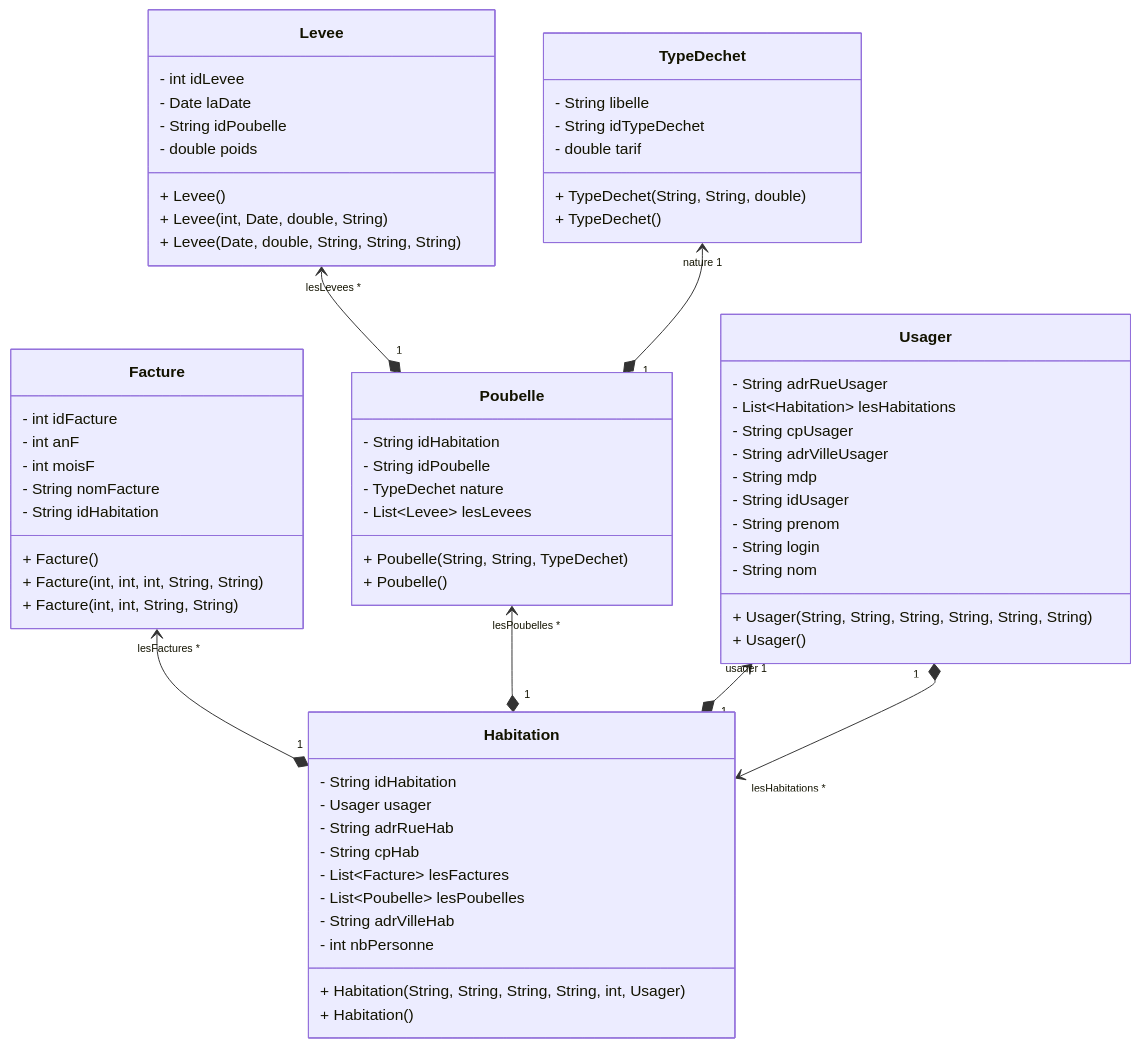
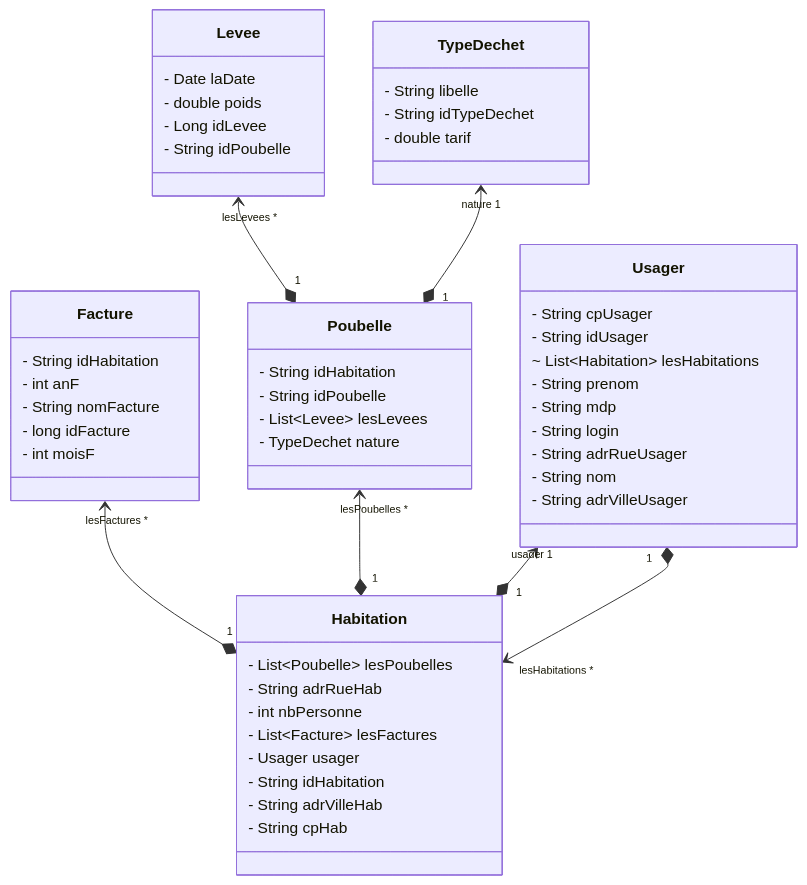
The diagram in README.md (damchap/APIGestionPoubell), drawn with Mermaid before and after one commit. The commit also changed other lines of this file and 12 other files, not shown here.

````diff
--- a/README.md
+++ b/README.md
@@ -78,72 +109,58 @@
 ```mermaid
 classDiagram
 direction BT
 class Facture {
-  + Facture() 
-  + Facture(int, int, int, String, String) 
-  + Facture(int, int, String, String) 
-  - int idFacture
+  - String idHabitation
   - int anF
+  - String nomFacture
+  - long idFacture
   - int moisF
-  - String nomFacture
-  - String idHabitation
 }
 class Habitation {
-  + Habitation(String, String, String, String, int, Usager) 
-  + Habitation() 
+  - List~Poubelle~ lesPoubelles
+  - String adrRueHab
+  - int nbPersonne
+  - List~Facture~ lesFactures
+  - Usager usager
   - String idHabitation
-  - Usager usager
-  - String adrRueHab
+  - String adrVilleHab
   - String cpHab
-  - List~Facture~ lesFactures
-  - List~Poubelle~ lesPoubelles
-  - String adrVilleHab
-  - int nbPersonne
 }
 class Levee {
-  + Levee() 
-  + Levee(int, Date, double, String) 
-  + Levee(Date, double, String, String, String) 
-  - int idLevee
   - Date laDate
+  - double poids
+  - Long idLevee
   - String idPoubelle
-  - double poids
 }
 class Poubelle {
-  + Poubelle(String, String, TypeDechet) 
-  + Poubelle() 
   - String idHabitation
   - String idPoubelle
+  - List~Levee~ lesLevees
   - TypeDechet nature
-  - List~Levee~ lesLevees
 }
 class TypeDechet {
-  + TypeDechet(String, String, double) 
-  + TypeDechet() 
   - String libelle
   - String idTypeDechet
   - double tarif
 }
 class Usager {
-  + Usager(String, String, String, String, String, String) 
-  + Usager() 
+  - String cpUsager
+  - String idUsager
+  ~ List~Habitation~ lesHabitations
+  - String prenom
+  - String mdp
+  - String login
   - String adrRueUsager
-  - List~Habitation~ lesHabitations
-  - String cpUsager
+  - String nom
   - String adrVilleUsager
-  - String mdp
-  - String idUsager
-  - String prenom
-  - String login
-  - String nom
 }
 
 Habitation "1" *--> "lesFactures *" Facture 
 Habitation "1" *--> "lesPoubelles *" Poubelle 
 Habitation "1" *--> "usager 1" Usager 
 Poubelle "1" *--> "lesLevees *" Levee 
 Poubelle "1" *--> "nature 1" TypeDechet 
 Usager "1" *--> "lesHabitations *" Habitation 
 
 
 ```
````
